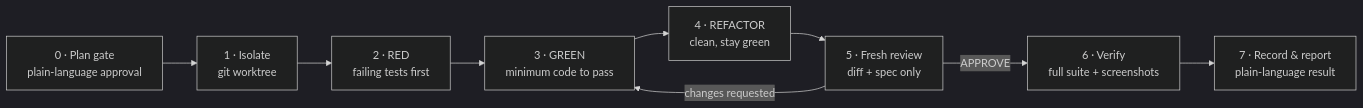
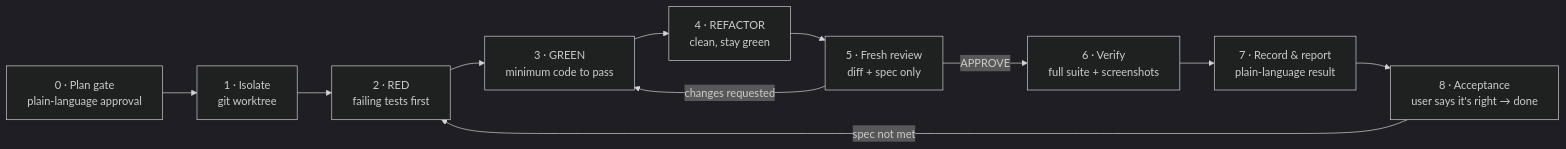
Before and after one commit to nutjatuwit0808/founder-rail: the second of 2 diagrams in README.md, drawn with Mermaid (dark theme). The commit also changed other lines of this file and 9 other files, not shown here.

First line of the commit message:
Resume interrupted builds and add a user acceptance phase

````diff
--- a/README.md
+++ b/README.md
@@ -101,11 +101,13 @@
 ```mermaid
 flowchart LR
     p0[0 · Plan gate<br/>plain-language approval] --> p1[1 · Isolate<br/>git worktree]
     p1 --> p2[2 · RED<br/>failing tests first]
     p2 --> p3[3 · GREEN<br/>minimum code to pass]
     p3 --> p4[4 · REFACTOR<br/>clean, stay green]
     p4 --> p5[5 · Fresh review<br/>diff + spec only]
     p5 -->|changes requested| p3
     p5 -->|APPROVE| p6[6 · Verify<br/>full suite + screenshots]
     p6 --> p7[7 · Record & report<br/>plain-language result]
+    p7 --> p8[8 · Acceptance<br/>user says it's right → done]
+    p8 -->|spec not met| p2
 ```
````
